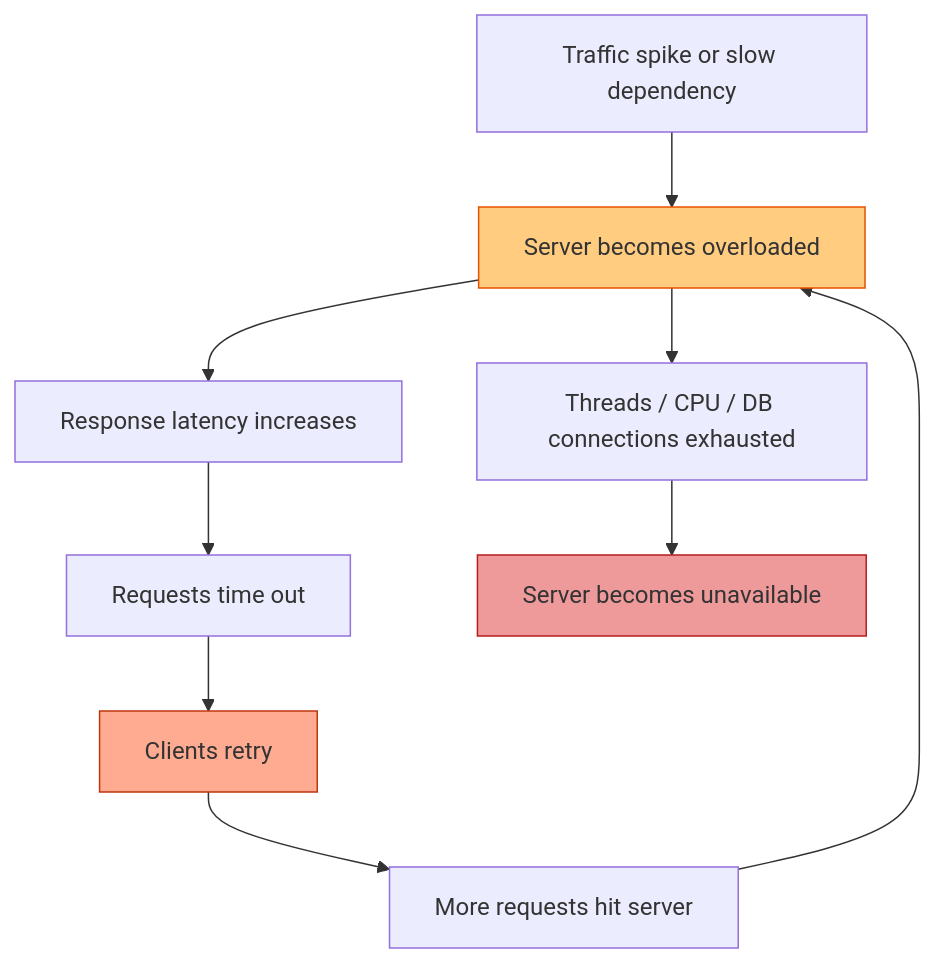
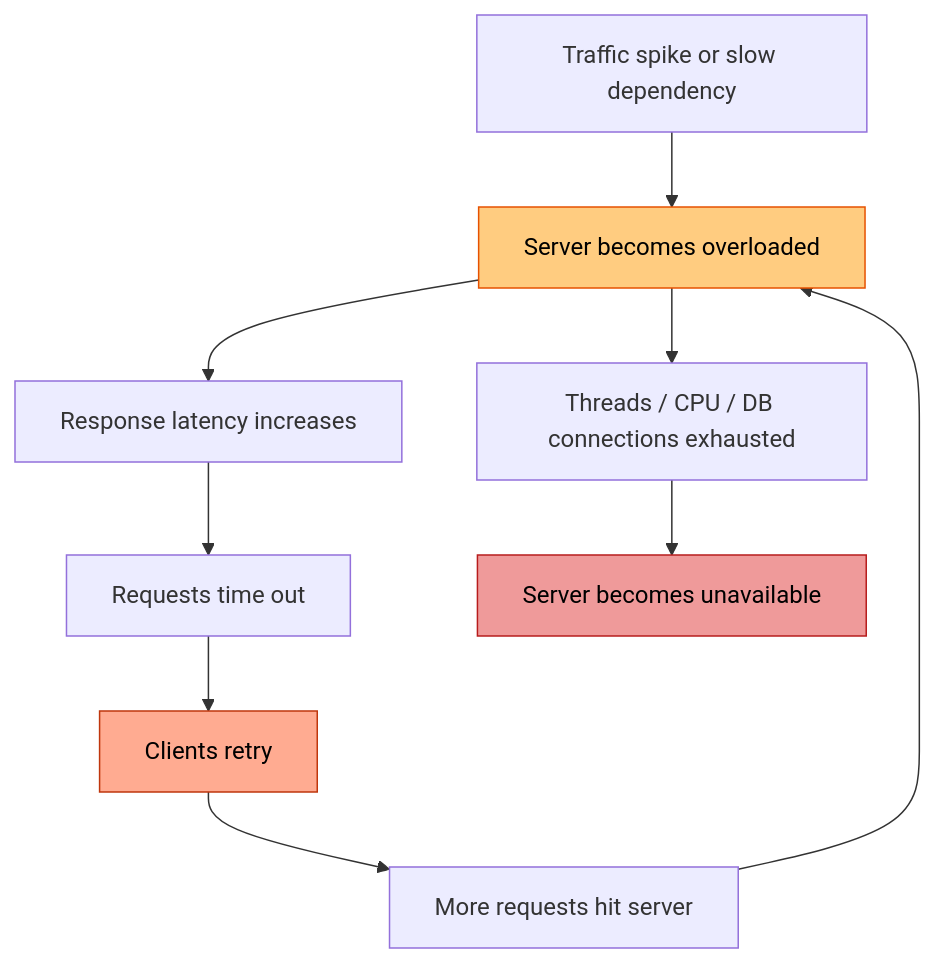
One commit to lekhrajdinkar/solution-engineer changed the diagram in docs/2022-2025/SE_02_system-design/SD_04_protecting-servers/02_protection_00_death-spiral.md. Above: the diagram before and after it, drawn with Mermaid. The commit also changed 7 other files, not shown here.

````diff
--- a/docs/2022-2025/SE_02_system-design/SD_04_protecting-servers/02_protection_00_death-spiral.md
+++ b/docs/2022-2025/SE_02_system-design/SD_04_protecting-servers/02_protection_00_death-spiral.md
@@ -7,16 +7,16 @@
 ```mermaid
 flowchart TD
     A[Traffic spike or slow dependency] --> B[Server becomes overloaded]
     B --> C[Response latency increases]
     C --> D[Requests time out]
     D --> E[Clients retry]
     E --> F[More requests hit server]
     F --> B
 
     B --> G[Threads / CPU / DB connections exhausted]
     G --> H[Server becomes unavailable]
 
-    style B fill:#ffcc80,stroke:#e65100
-    style E fill:#ffab91,stroke:#bf360c
-    style H fill:#ef9a9a,stroke:#b71c1c
+    style B fill:#ffcc80,stroke:#e65100,color:black
+    style E fill:#ffab91,stroke:#bf360c,color:black
+    style H fill:#ef9a9a,stroke:#b71c1c,color:black
 ```
````
